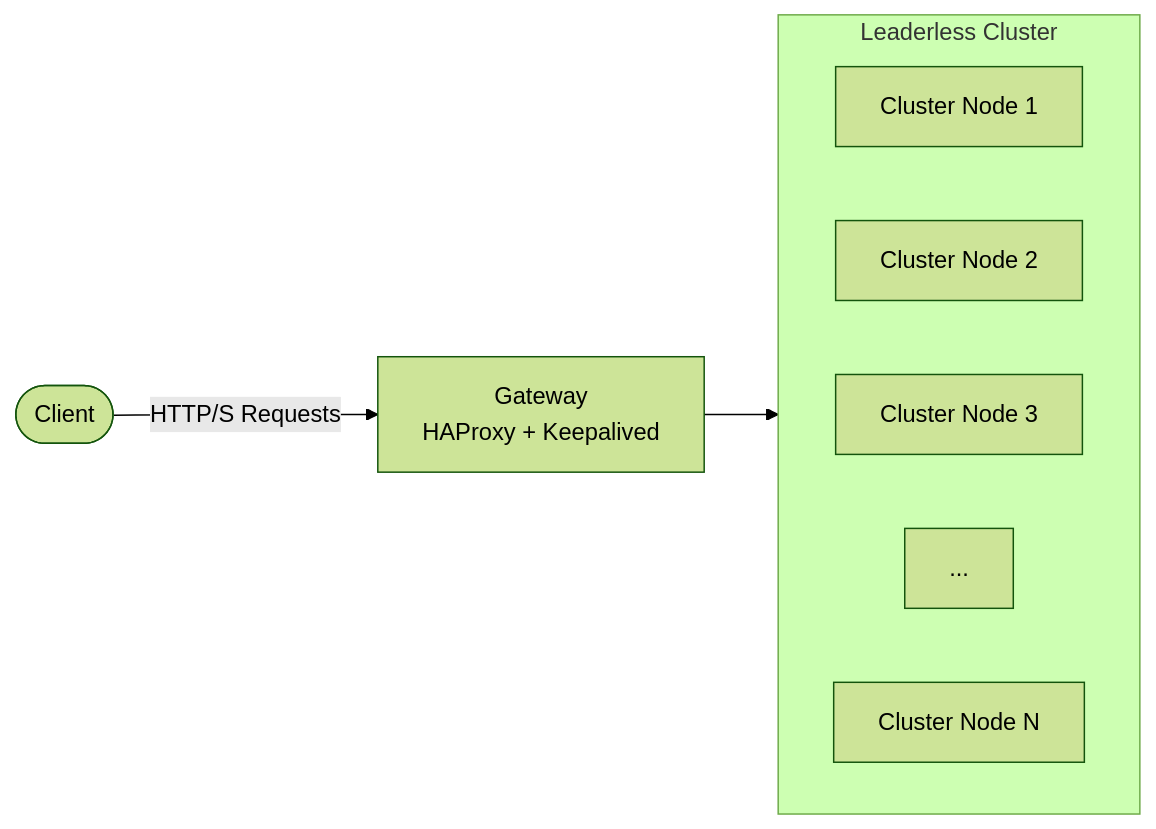
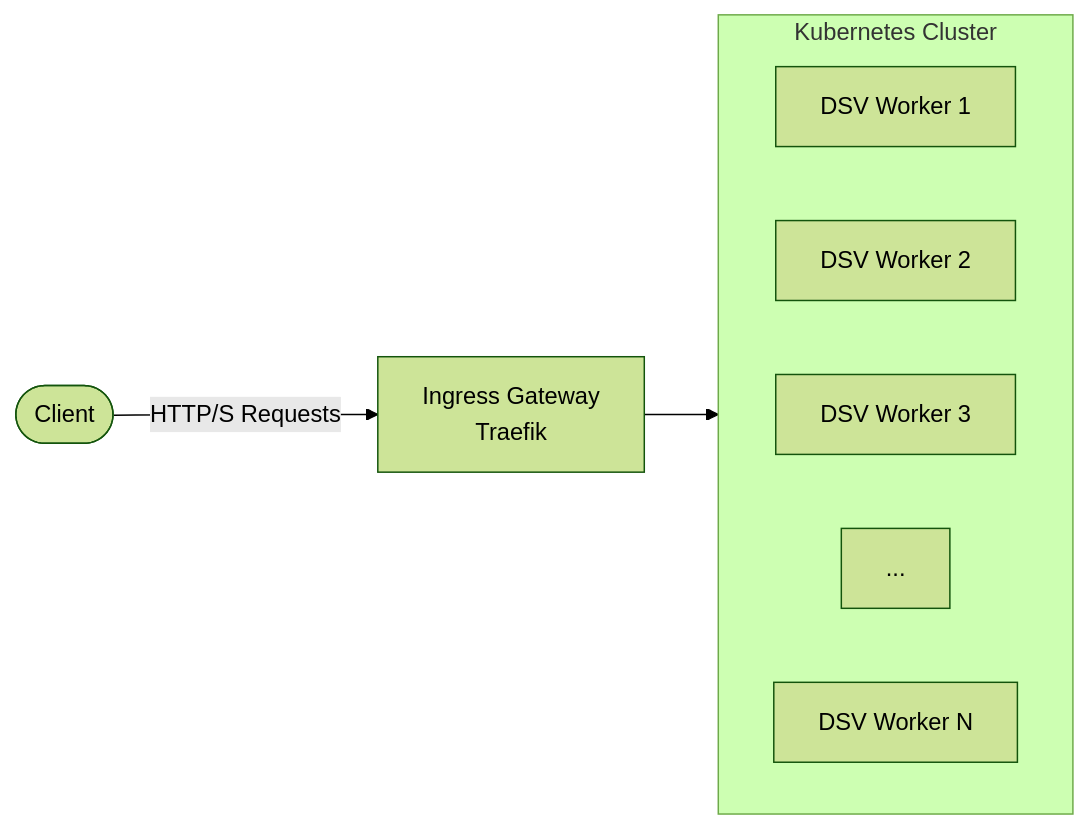
One commit to S26-Distributed-Capstone/DistributedSecretsVault changed the first of 6 diagrams in docs/architecture.md. Above: the diagram before and after it, drawn with Mermaid (forest theme). The commit also changed other lines of this file and 7 other files, not shown here.

````diff
--- a/docs/architecture.md
+++ b/docs/architecture.md
@@ -9,16 +9,16 @@
 ```mermaid
 graph LR
     Client([Client])
-    Gateway[Gateway<br/>HAProxy + Keepalived] --> LeaderlessCluster
+    Gateway[Ingress Gateway<br/>Traefik] --> LeaderlessCluster
 
-    subgraph LeaderlessCluster[Leaderless Cluster]
+    subgraph LeaderlessCluster[Kubernetes Cluster]
         direction LR
-        Node1[Cluster Node 1]
-        Node2[Cluster Node 2]
-        Node3[Cluster Node 3]
+        Node1[DSV Worker 1]
+        Node2[DSV Worker 2]
+        Node3[DSV Worker 3]
         Nodes[...]
-        NodeN[Cluster Node N]
+        NodeN[DSV Worker N]
     end
 
     Client -->|HTTP/S Requests| Gateway
 ```
````
